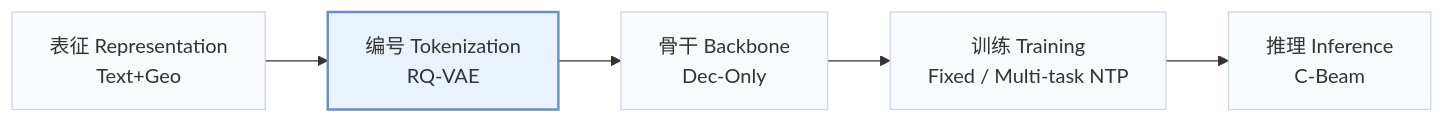
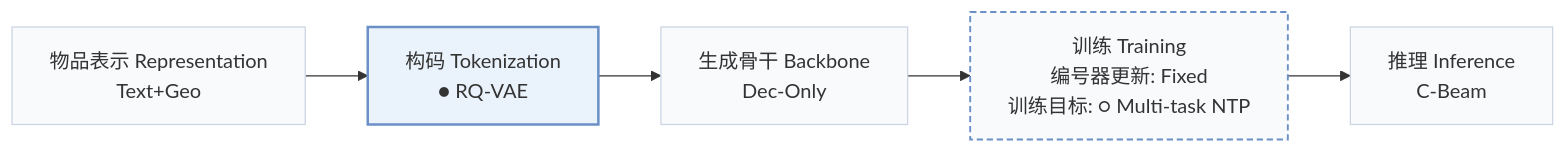
The first of 2 diagrams in pages/zh/papers/qt-mob.md (Galaxy-ghost/Awesome-SID-Generative-Rec), drawn with Mermaid before and after one commit. The commit also changed other lines of this file and 558 other files, not shown here.

````diff
--- a/pages/zh/papers/qt-mob.md
+++ b/pages/zh/papers/qt-mob.md
@@ -15,8 +19,10 @@
 ```mermaid
 flowchart LR
-    R["表征 Representation<br/>Text+Geo"] --> T["编号 Tokenization<br/>RQ-VAE"] --> B["骨干 Backbone<br/>Dec-Only"] --> TR["训练 Training<br/>Fixed / Multi-task NTP"] --> I["推理 Inference<br/>C-Beam"]
+    R["物品表示 Representation<br/>Text+Geo"] --> T["构码 Tokenization<br/>● RQ-VAE"] --> B["生成骨干 Backbone<br/>Dec-Only"] --> TR["训练 Training<br/>编号器更新: Fixed<br/>训练目标: ○ Multi-task NTP"] --> I["推理 Inference<br/>C-Beam"]
     classDef base fill:#f8fafc,stroke:#cbd5e1
     class R,T,B,TR,I base
+    classDef other fill:#f8fafc,stroke:#6b8fc7,stroke-width:1.5px,stroke-dasharray:5 3
+    class TR other
     classDef main fill:#eaf2fb,stroke:#6b8fc7,stroke-width:2px
     class T main
 ```
````
